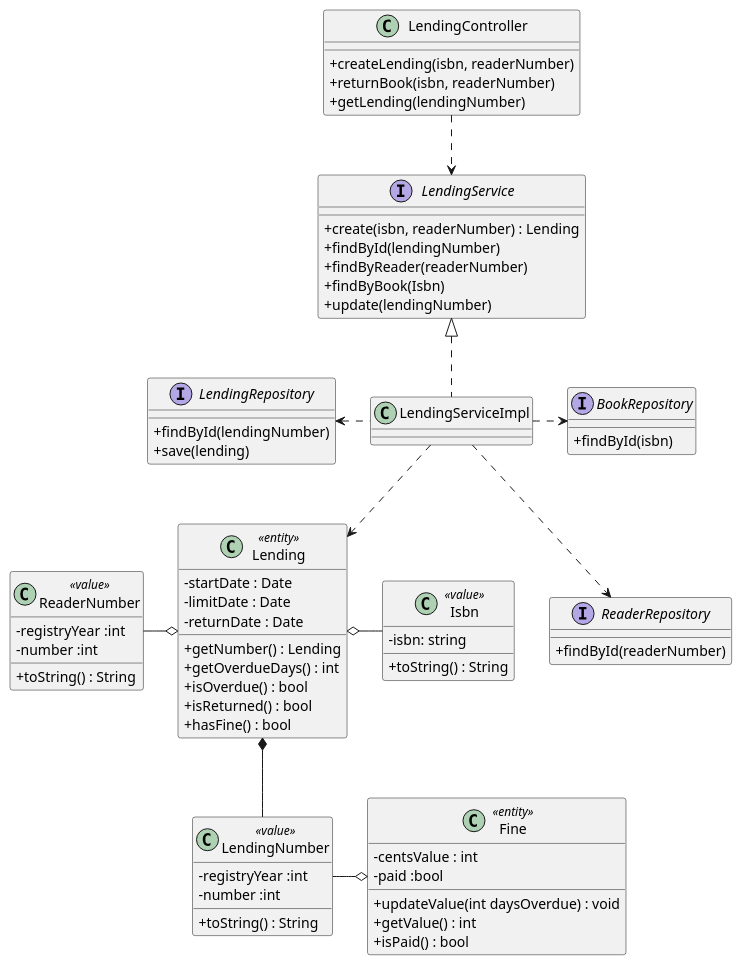
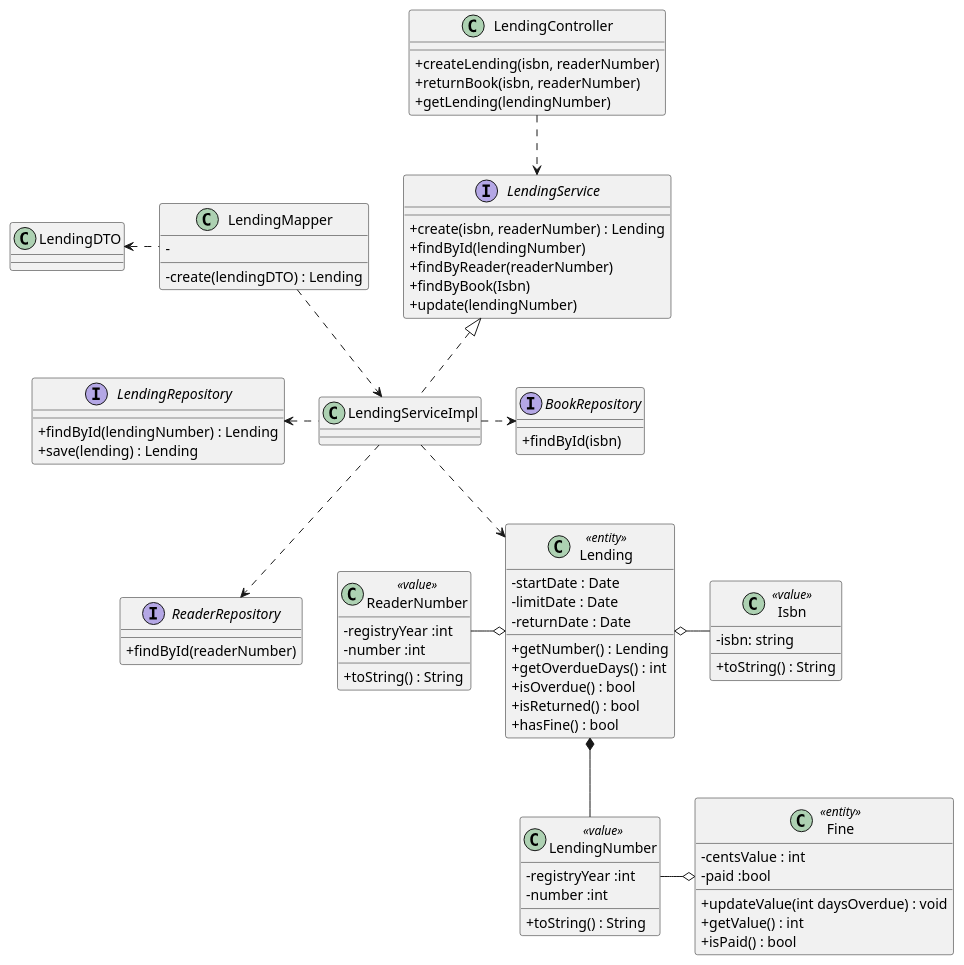
The diagram in Docs/Phase1/WP4A-Lendings/WP4A-Lendings-CD.puml (rutemf/1220944_1220772_G01), drawn with PlantUML before and after one commit. The commit also changed 9 other files, not shown here.

```diff
--- a/Docs/Phase1/WP4A-Lendings/WP4A-Lendings-CD.puml
+++ b/Docs/Phase1/WP4A-Lendings/WP4A-Lendings-CD.puml
@@ -1,86 +1,98 @@
 @startuml
 
 'hide circle
 skinparam classAttributeIconSize 0
 
 class LendingController {
     + createLending(isbn, readerNumber)
     + returnBook(isbn, readerNumber)
     + getLending(lendingNumber)
 }
 
 interface LendingRepository {
-    + findById(lendingNumber)
-    + save(lending)
+    + findById(lendingNumber) : Lending
+    + save(lending) : Lending
 }
 
 interface LendingService {
     + create(isbn, readerNumber) : Lending
     + findById(lendingNumber)
     + findByReader(readerNumber)
     + findByBook(Isbn)
     + update(lendingNumber)
 }
 
 class LendingServiceImpl implements LendingService{
 }
 
 interface ReaderRepository {
     + findById(readerNumber)
 }
 
 interface BookRepository {
     + findById(isbn)
 }
 
 class Lending <<entity>>{
     - startDate : Date
     - limitDate : Date
     - returnDate : Date
     + getNumber() : Lending
     + getOverdueDays() : int
     + isOverdue() : bool
     + isReturned() : bool
     + hasFine() : bool
 }
 
 class LendingNumber <<value>> {
     - registryYear :int
     - number :int
     + toString() : String
 }
 
 class Isbn <<value>>{
     - isbn: string
     + toString() : String
 }
 
 class ReaderNumber <<value>>{
     - registryYear :int
     - number :int
     + toString() : String
 }
 
 class Fine <<entity>>{
     - centsValue : int
     - paid :bool
     + updateValue(int daysOverdue) : void
     + getValue() : int
     + isPaid() : bool
 }
 
+class LendingDTO{
+
+}
+
+class LendingMapper{
+    - create(lendingDTO) : Lending
+    -
+
+}
 
 
 Lending o- Isbn
 Lending o-left- ReaderNumber
 Lending *-down- LendingNumber
 LendingNumber -right-o Fine
 
 LendingServiceImpl ..> Lending
 
 LendingController ..> LendingService
 LendingServiceImpl .left.> LendingRepository
 LendingServiceImpl ..> ReaderRepository
 LendingServiceImpl .right.> BookRepository
 
+LendingServiceImpl <.up. LendingMapper
+LendingMapper .left.> LendingDTO
+
 @enduml
```
